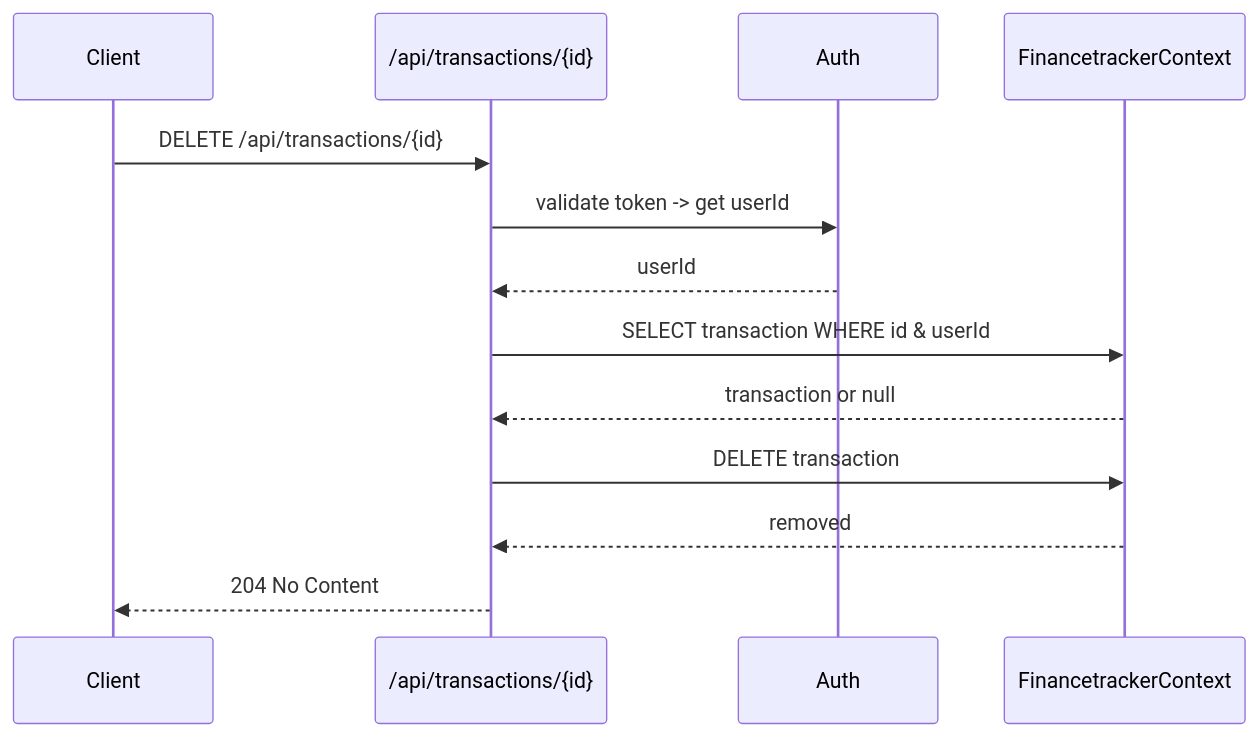
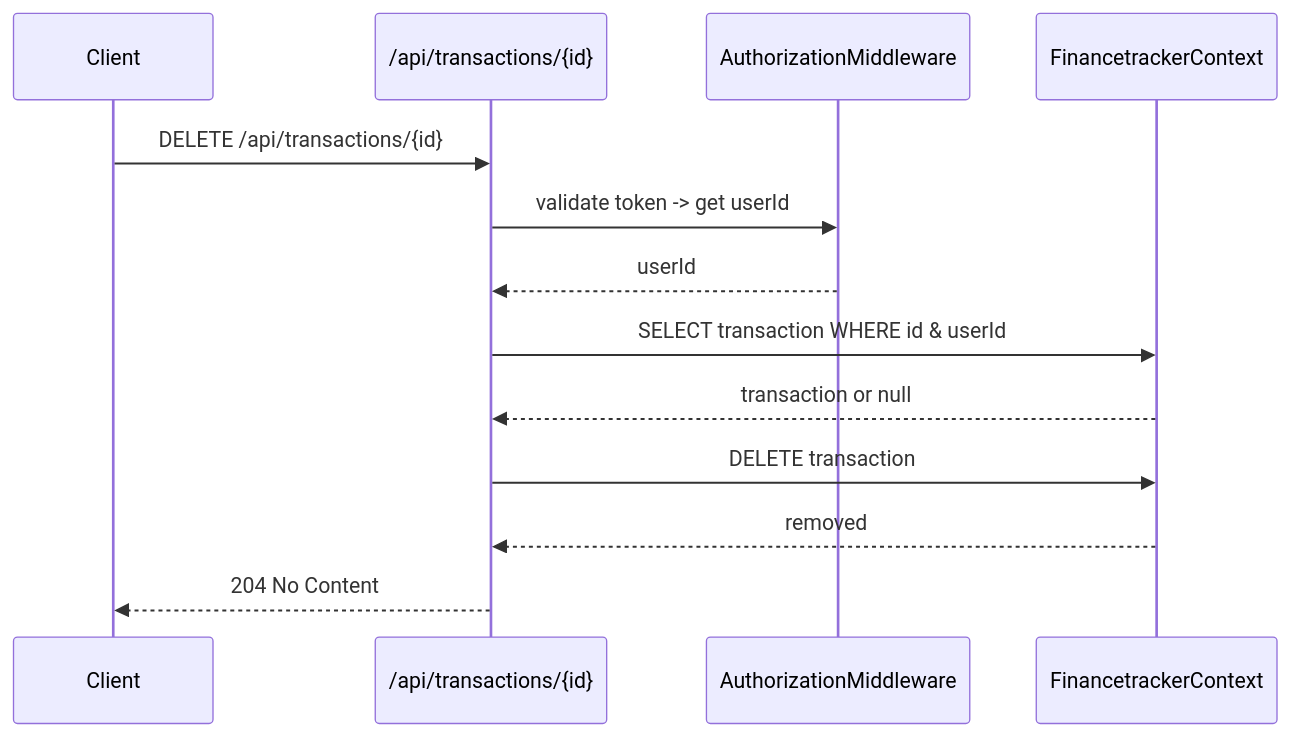
The diagram in docs/sequence-diagrams/transactions/diagrams/delete-transaction_1.mmd (cimpa2004/financeTracker), drawn with Mermaid before and after one commit. The commit also changed 23 other files, not shown here.

Commit message:
diagram fix

```diff
--- a/docs/sequence-diagrams/transactions/diagrams/delete-transaction_1.mmd
+++ b/docs/sequence-diagrams/transactions/diagrams/delete-transaction_1.mmd
@@ -1,14 +1,14 @@
 sequenceDiagram
     participant Client
     participant API as /api/transactions/{id}
-    participant Auth
+    participant Auth as AuthorizationMiddleware
     participant Db as FinancetrackerContext
 
     Client->>API: DELETE /api/transactions/{id}
     API->>Auth: validate token -> get userId
     Auth-->>API: userId
     API->>Db: SELECT transaction WHERE id & userId
     Db-->>API: transaction or null
     API->>Db: DELETE transaction
     Db-->>API: removed
     API-->>Client: 204 No Content
```
